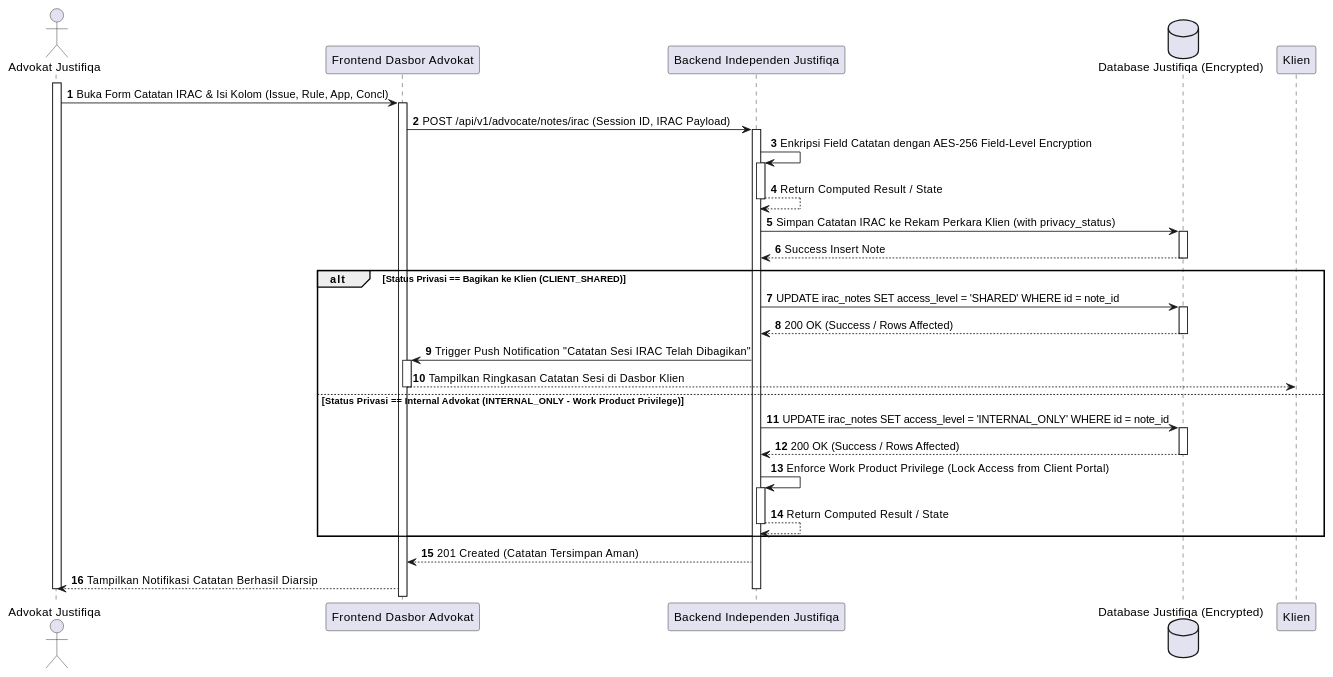
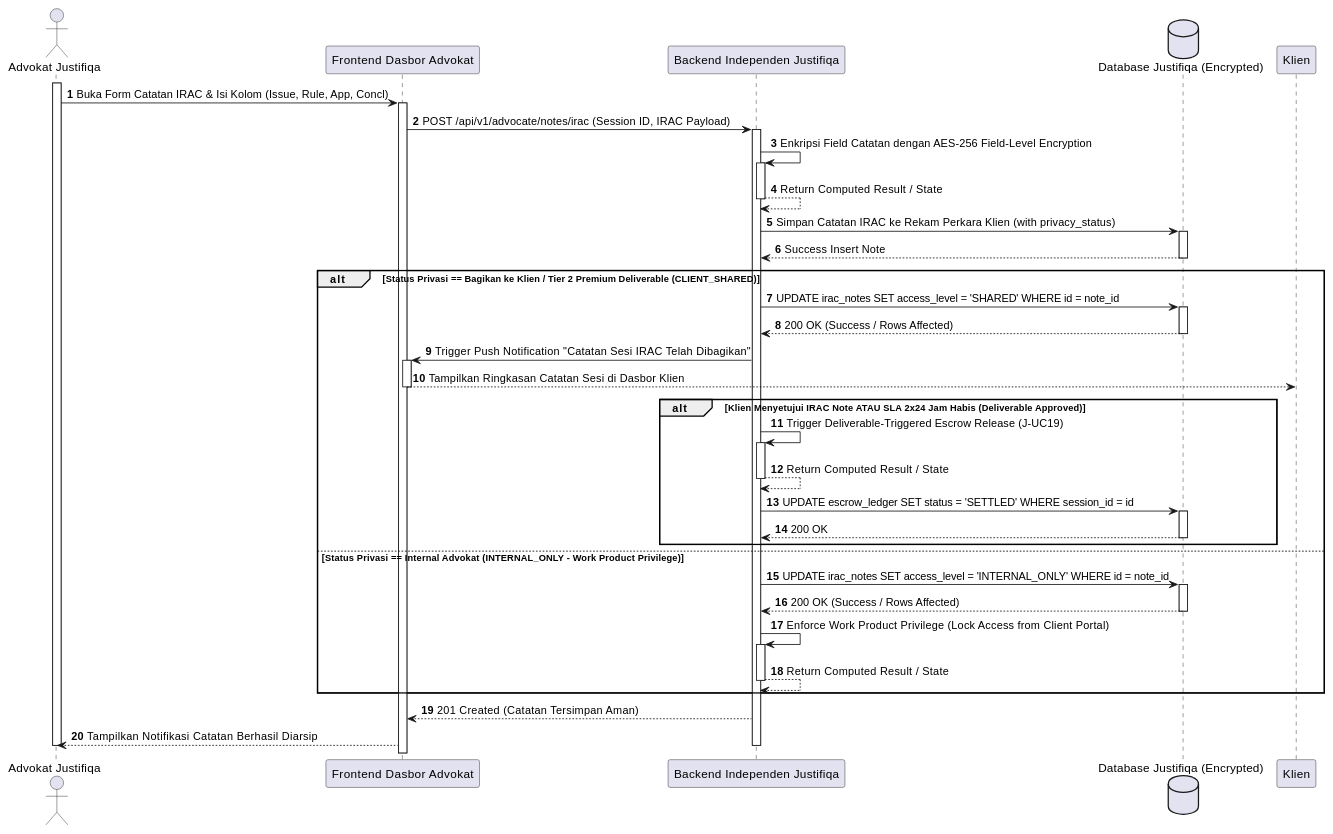
One commit to tupperwureism/SuperApp-Gagal changed the eighth of 28 diagrams in MarkDown/plantuml_sequence_diagrams.md. Above: the diagram before and after it, drawn with PlantUML. The commit also changed other lines of this file and 1 other file, not shown here.

Commit message:
feat(uml): sync Deliverable-Triggered Escrow Release and Dual-Bucket Ledger across impacted diagrams (AD/SD-J-06, AD/SD-J-08, AD/SD-J-11)

````diff
--- a/MarkDown/plantuml_sequence_diagrams.md
+++ b/MarkDown/plantuml_sequence_diagrams.md
@@ -615,35 +625,41 @@
 ```plantuml
 @startuml
 autonumber
 actor "Advokat Justifiqa" as Mitra
 participant "Frontend Dasbor Advokat" as FE
 participant "Backend Independen Justifiqa" as BE
 database "Database Justifiqa (Encrypted)" as DB
 
 activate Mitra
 Mitra -> FE ++ : Buka Form Catatan IRAC & Isi Kolom (Issue, Rule, App, Concl)
 FE -> BE ++ : POST /api/v1/advocate/notes/irac (Session ID, IRAC Payload)
 BE -> BE ++ : Enkripsi Field Catatan dengan AES-256 Field-Level Encryption
 BE --> BE -- : Return Computed Result / State
 BE -> DB ++ : Simpan Catatan IRAC ke Rekam Perkara Klien (with privacy_status)
 DB --> BE -- : Success Insert Note
 
-alt Status Privasi == Bagikan ke Klien (CLIENT_SHARED)
+alt Status Privasi == Bagikan ke Klien / Tier 2 Premium Deliverable (CLIENT_SHARED)
     BE -> DB ++ : UPDATE irac_notes SET access_level = 'SHARED' WHERE id = note_id
     DB --> BE -- : 200 OK (Success / Rows Affected)
     BE -> FE ++ : Trigger Push Notification "Catatan Sesi IRAC Telah Dibagikan"
     FE --> Klien : Tampilkan Ringkasan Catatan Sesi di Dasbor Klien
     deactivate FE
+    alt Klien Menyetujui IRAC Note ATAU SLA 2x24 Jam Habis (Deliverable Approved)
+        BE -> BE ++ : Trigger Deliverable-Triggered Escrow Release (J-UC19)
+        BE --> BE -- : Return Computed Result / State
+        BE -> DB ++ : UPDATE escrow_ledger SET status = 'SETTLED' WHERE session_id = id
+        DB --> BE -- : 200 OK
+    end
 else Status Privasi == Internal Advokat (INTERNAL_ONLY - Work Product Privilege)
     BE -> DB ++ : UPDATE irac_notes SET access_level = 'INTERNAL_ONLY' WHERE id = note_id
     DB --> BE -- : 200 OK (Success / Rows Affected)
     BE -> BE ++ : Enforce Work Product Privilege (Lock Access from Client Portal)
     BE --> BE -- : Return Computed Result / State
 end
 
 BE --> FE : 201 Created (Catatan Tersimpan Aman)
 FE --> Mitra : Tampilkan Notifikasi Catatan Berhasil Diarsip
 deactivate BE
 deactivate Mitra
 @enduml
 ```
````
